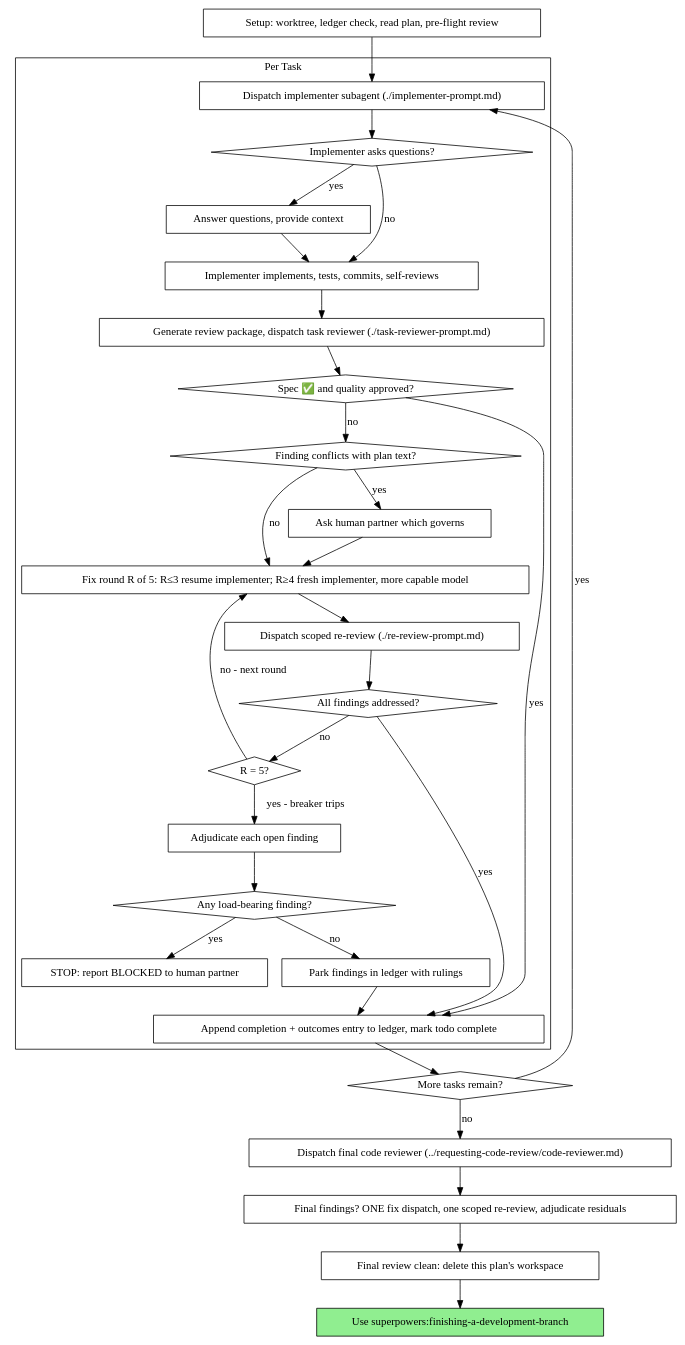
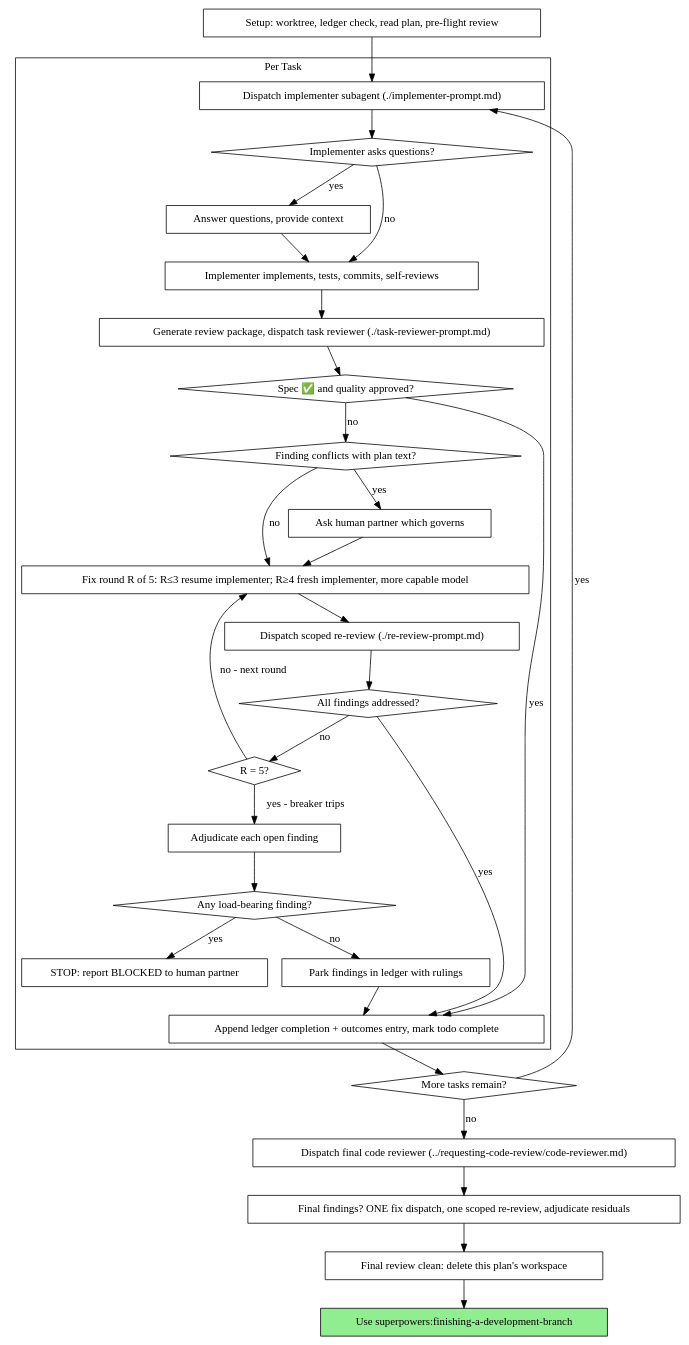
The second of 2 diagrams in plugin/skills/subagent-driven-development/SKILL.md (mattbran87/superfunk), drawn with Graphviz before and after one commit. The commit also changed other lines of this file, not shown here.

Commit message:
fix(skills): remove worked-example contradiction, clarify outcomes-entry label
The Task 2 fix-round example described a reviewer-found-and-fixed
divergence as its Outcome -- exactly the category the field was just
scoped to exclude. Also reworded the flowchart's node label so it no
longer implies the outcomes entry lands in the git-ignored ledger
rather than the separate, git-tracked outcomes file.

Part of docs/superpowers/specs/2026-08-21-per-task-outcome-capture-design.md.

````diff
--- a/plugin/skills/subagent-driven-development/SKILL.md
+++ b/plugin/skills/subagent-driven-development/SKILL.md
@@ -47,62 +47,62 @@
 ```dot
 digraph process {
     rankdir=TB;
 
     subgraph cluster_per_task {
         label="Per Task";
         "Dispatch implementer subagent (./implementer-prompt.md)" [shape=box];
         "Implementer asks questions?" [shape=diamond];
         "Answer questions, provide context" [shape=box];
         "Implementer implements, tests, commits, self-reviews" [shape=box];
         "Generate review package, dispatch task reviewer (./task-reviewer-prompt.md)" [shape=box];
         "Spec ✅ and quality approved?" [shape=diamond];
         "Finding conflicts with plan text?" [shape=diamond];
         "Ask human partner which governs" [shape=box];
         "Fix round R of 5: R≤3 resume implementer; R≥4 fresh implementer, more capable model" [shape=box];
         "Dispatch scoped re-review (./re-review-prompt.md)" [shape=box];
         "All findings addressed?" [shape=diamond];
         "R = 5?" [shape=diamond];
         "Adjudicate each open finding" [shape=box];
         "Any load-bearing finding?" [shape=diamond];
         "STOP: report BLOCKED to human partner" [shape=box];
         "Park findings in ledger with rulings" [shape=box];
-        "Append completion + outcomes entry to ledger, mark todo complete" [shape=box];
+        "Append ledger completion + outcomes entry, mark todo complete" [shape=box];
     }
 
     "Setup: worktree, ledger check, read plan, pre-flight review" [shape=box];
     "More tasks remain?" [shape=diamond];
     "Dispatch final code reviewer (../requesting-code-review/code-reviewer.md)" [shape=box];
     "Final findings? ONE fix dispatch, one scoped re-review, adjudicate residuals" [shape=box];
     "Final review clean: delete this plan's workspace" [shape=box];
     "Use superpowers:finishing-a-development-branch" [shape=box style=filled fillcolor=lightgreen];
 
     "Setup: worktree, ledger check, read plan, pre-flight review" -> "Dispatch implementer subagent (./implementer-prompt.md)";
     "Dispatch implementer subagent (./implementer-prompt.md)" -> "Implementer asks questions?";
     "Implementer asks questions?" -> "Answer questions, provide context" [label="yes"];
     "Answer questions, provide context" -> "Implementer implements, tests, commits, self-reviews";
     "Implementer asks questions?" -> "Implementer implements, tests, commits, self-reviews" [label="no"];
     "Implementer implements, tests, commits, self-reviews" -> "Generate review package, dispatch task reviewer (./task-reviewer-prompt.md)";
     "Generate review package, dispatch task reviewer (./task-reviewer-prompt.md)" -> "Spec ✅ and quality approved?";
-    "Spec ✅ and quality approved?" -> "Append completion + outcomes entry to ledger, mark todo complete" [label="yes"];
+    "Spec ✅ and quality approved?" -> "Append ledger completion + outcomes entry, mark todo complete" [label="yes"];
     "Spec ✅ and quality approved?" -> "Finding conflicts with plan text?" [label="no"];
     "Finding conflicts with plan text?" -> "Ask human partner which governs" [label="yes"];
     "Ask human partner which governs" -> "Fix round R of 5: R≤3 resume implementer; R≥4 fresh implementer, more capable model";
     "Finding conflicts with plan text?" -> "Fix round R of 5: R≤3 resume implementer; R≥4 fresh implementer, more capable model" [label="no"];
     "Fix round R of 5: R≤3 resume implementer; R≥4 fresh implementer, more capable model" -> "Dispatch scoped re-review (./re-review-prompt.md)";
     "Dispatch scoped re-review (./re-review-prompt.md)" -> "All findings addressed?";
-    "All findings addressed?" -> "Append completion + outcomes entry to ledger, mark todo complete" [label="yes"];
+    "All findings addressed?" -> "Append ledger completion + outcomes entry, mark todo complete" [label="yes"];
     "All findings addressed?" -> "R = 5?" [label="no"];
     "R = 5?" -> "Fix round R of 5: R≤3 resume implementer; R≥4 fresh implementer, more capable model" [label="no - next round"];
     "R = 5?" -> "Adjudicate each open finding" [label="yes - breaker trips"];
     "Adjudicate each open finding" -> "Any load-bearing finding?";
     "Any load-bearing finding?" -> "STOP: report BLOCKED to human partner" [label="yes"];
     "Any load-bearing finding?" -> "Park findings in ledger with rulings" [label="no"];
-    "Park findings in ledger with rulings" -> "Append completion + outcomes entry to ledger, mark todo complete";
-    "Append completion + outcomes entry to ledger, mark todo complete" -> "More tasks remain?";
+    "Park findings in ledger with rulings" -> "Append ledger completion + outcomes entry, mark todo complete";
+    "Append ledger completion + outcomes entry, mark todo complete" -> "More tasks remain?";
     "More tasks remain?" -> "Dispatch implementer subagent (./implementer-prompt.md)" [label="yes"];
     "More tasks remain?" -> "Dispatch final code reviewer (../requesting-code-review/code-reviewer.md)" [label="no"];
     "Dispatch final code reviewer (../requesting-code-review/code-reviewer.md)" -> "Final findings? ONE fix dispatch, one scoped re-review, adjudicate residuals";
     "Final findings? ONE fix dispatch, one scoped re-review, adjudicate residuals" -> "Final review clean: delete this plan's workspace";
     "Final review clean: delete this plan's workspace" -> "Use superpowers:finishing-a-development-branch";
 }
 ```
````
